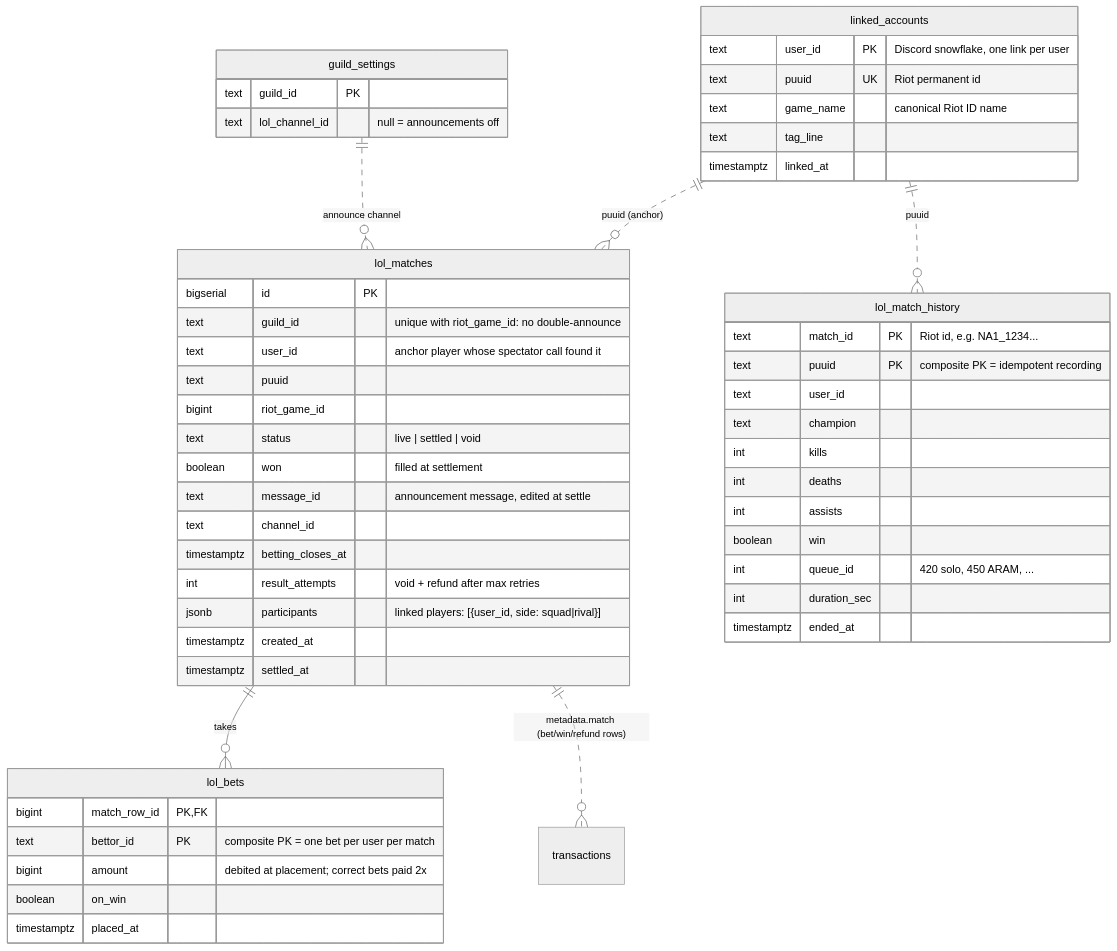
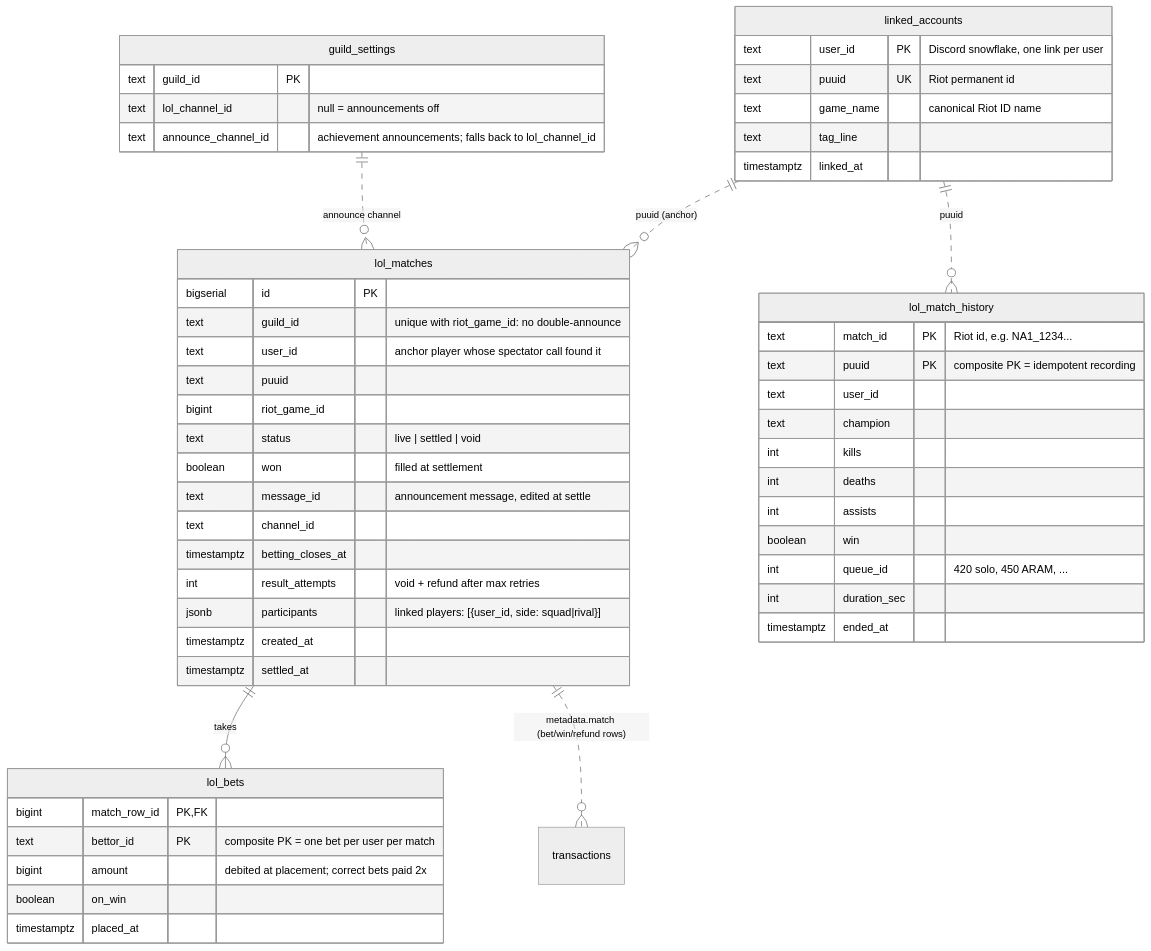
One commit to clara14/raymond-discord-app changed the third of 5 diagrams in docs/DATABASE.md. Above: the diagram before and after it, drawn with Mermaid (neutral theme). The commit also changed 10 other files, not shown here.

````diff
--- a/docs/DATABASE.md
+++ b/docs/DATABASE.md
@@ -143,56 +143,57 @@
 ```mermaid
 erDiagram
     linked_accounts {
         text user_id PK "Discord snowflake, one link per user"
         text puuid UK "Riot permanent id"
         text game_name "canonical Riot ID name"
         text tag_line
         timestamptz linked_at
     }
     guild_settings {
         text guild_id PK
         text lol_channel_id "null = announcements off"
+        text announce_channel_id "achievement announcements; falls back to lol_channel_id"
     }
     lol_matches {
         bigserial id PK
         text guild_id "unique with riot_game_id: no double-announce"
         text user_id "anchor player whose spectator call found it"
         text puuid
         bigint riot_game_id
         text status "live | settled | void"
         boolean won "filled at settlement"
         text message_id "announcement message, edited at settle"
         text channel_id
         timestamptz betting_closes_at
         int result_attempts "void + refund after max retries"
         jsonb participants "linked players: [{user_id, side: squad|rival}]"
         timestamptz created_at
         timestamptz settled_at
     }
     lol_bets {
         bigint match_row_id PK, FK
         text bettor_id PK "composite PK = one bet per user per match"
         bigint amount "debited at placement; correct bets paid 2x"
         boolean on_win
         timestamptz placed_at
     }
     lol_match_history {
         text match_id PK "Riot id, e.g. NA1_1234..."
         text puuid PK "composite PK = idempotent recording"
         text user_id
         text champion
         int kills
         int deaths
         int assists
         boolean win
         int queue_id "420 solo, 450 ARAM, ..."
         int duration_sec
         timestamptz ended_at
     }
 
     lol_matches ||--o{ lol_bets : "takes"
     linked_accounts ||..o{ lol_matches : "puuid (anchor)"
     linked_accounts ||..o{ lol_match_history : "puuid"
     guild_settings ||..o{ lol_matches : "announce channel"
     lol_matches ||..o{ transactions : "metadata.match (bet/win/refund rows)"
 ```
````
